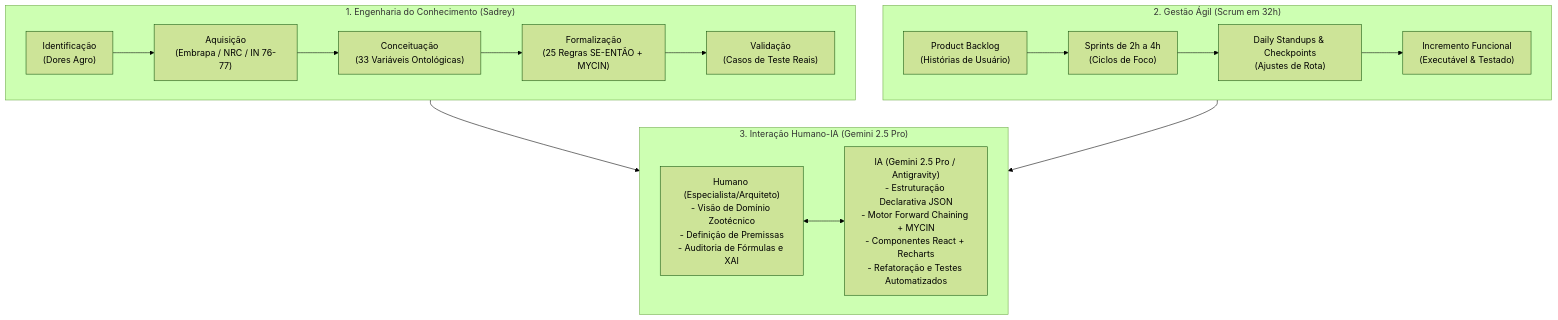
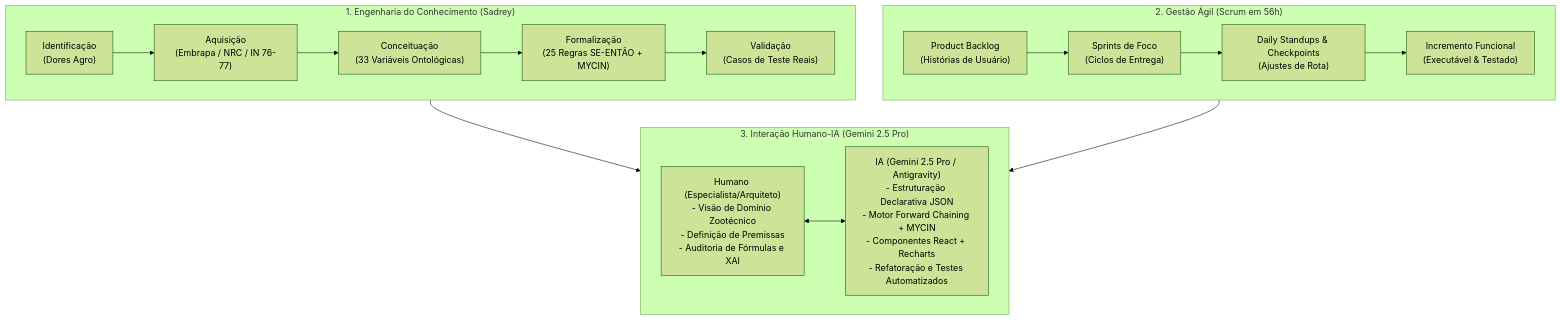
One commit to isaac-kapela/Hackathon changed the diagram in docs/DOCUMENTO_TECNICO.md. Above: the diagram before and after it, drawn with Mermaid (forest theme). The commit also changed other lines of this file and 13 other files, not shown here.

````diff
--- a/docs/DOCUMENTO_TECNICO.md
+++ b/docs/DOCUMENTO_TECNICO.md
@@ -167,22 +167,22 @@
 ```mermaid
 flowchart TD
     subgraph SADREY["1. Engenharia do Conhecimento (Sadrey)"]
         S1["Identificação<br/>(Dores Agro)"] --> S2["Aquisição<br/>(Embrapa / NRC / IN 76-77)"]
         S2 --> S3["Conceituação<br/>(33 Variáveis Ontológicas)"]
         S3 --> S4["Formalização<br/>(25 Regras SE-ENTÃO + MYCIN)"]
         S4 --> S5["Validação<br/>(Casos de Teste Reais)"]
     end
 
-    subgraph SCRUM["2. Gestão Ágil (Scrum em 32h)"]
-        SC1["Product Backlog<br/>(Histórias de Usuário)"] --> SC2["Sprints de 2h a 4h<br/>(Ciclos de Foco)"]
+    subgraph SCRUM["2. Gestão Ágil (Scrum em 56h)"]
+        SC1["Product Backlog<br/>(Histórias de Usuário)"] --> SC2["Sprints de Foco<br/>(Ciclos de Entrega)"]
         SC2 --> SC3["Daily Standups & Checkpoints<br/>(Ajustes de Rota)"]
         SC3 --> SC4["Incremento Funcional<br/>(Executável & Testado)"]
     end
 
     subgraph PAIR["3. Interação Humano-IA (Gemini 2.5 Pro)"]
         H["Humano (Especialista/Arquiteto)<br/>- Visão de Domínio Zootécnico<br/>- Definição de Premissas<br/>- Auditoria de Fórmulas e XAI"] <--> AI["IA (Gemini 2.5 Pro / Antigravity)<br/>- Estruturação Declarativa JSON<br/>- Motor Forward Chaining + MYCIN<br/>- Componentes React + Recharts<br/>- Refatoração e Testes Automatizados"]
     end
 
     SADREY --> PAIR
     SCRUM --> PAIR
 ```
````
